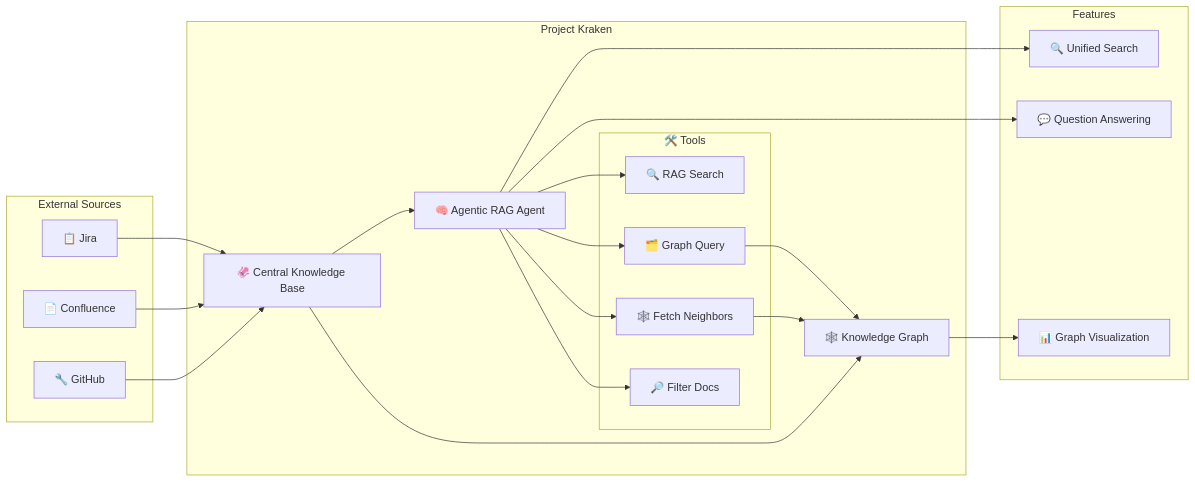
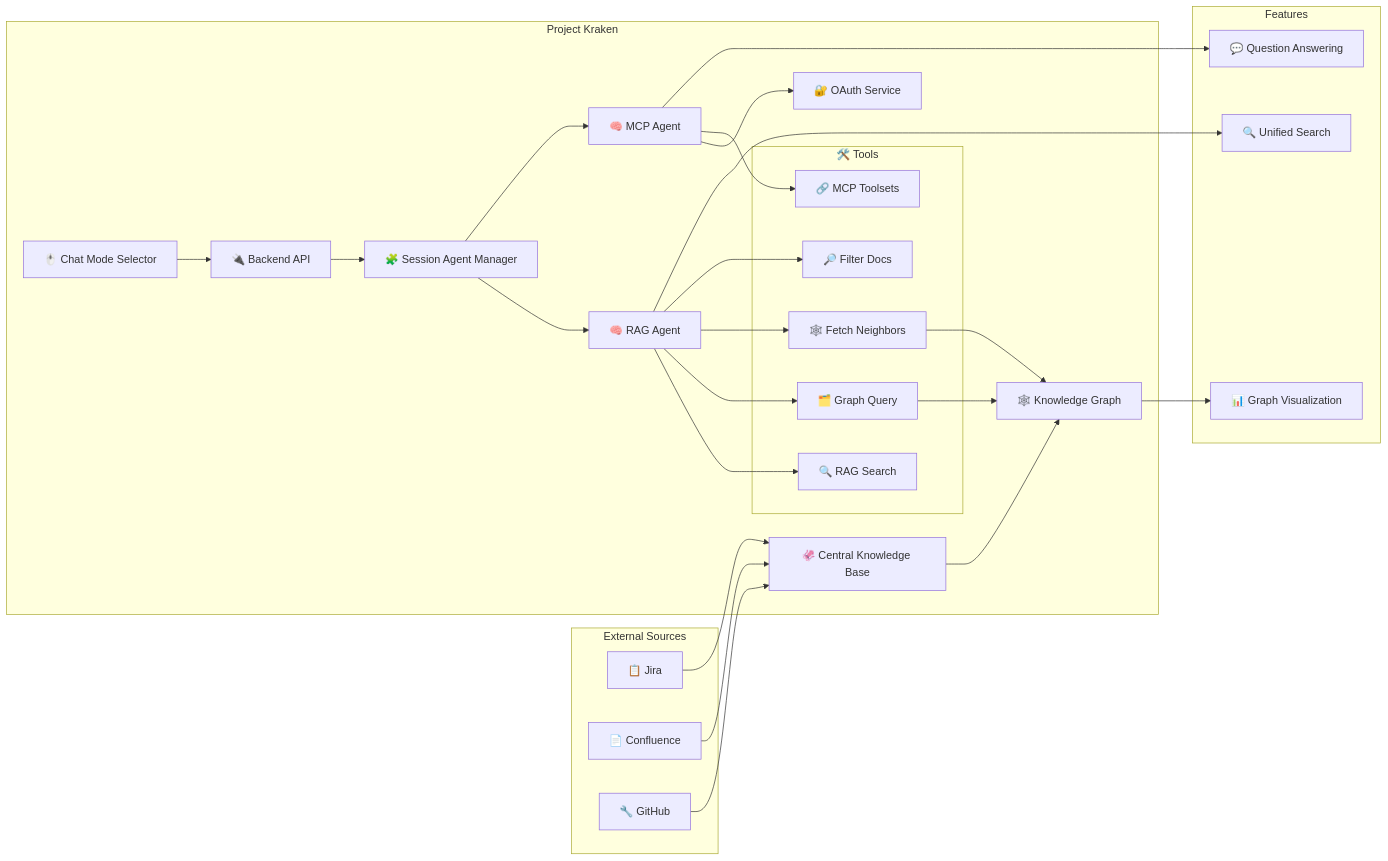
The first of 2 diagrams in docs/README.md (TrisNol/project-kraken), drawn with Mermaid before and after one commit. The commit also changed other lines of this file and 2 other files, not shown here.

Commit message:
docs: update docs to new agentic style

````diff
--- a/docs/README.md
+++ b/docs/README.md
@@ -34,43 +39,54 @@
 ```mermaid
 graph LR
     subgraph "External Sources"
         J[📋 Jira]
         C[📄 Confluence]
         G[🔧 GitHub]
     end
     
     subgraph "Project Kraken"
         KB[🦑 Central Knowledge Base]
-        Agent[🧠 Agentic RAG Agent]
+        UI[🖱️ Chat Mode Selector]
+        API[🔌 Backend API]
+        SMA[🧩 Session Agent Manager]
+        RAG[🧠 RAG Agent]
+        MCP[🧠 MCP Agent]
+        OAuth[🔐 OAuth Service]
         subgraph "🛠️ Tools"
             T1[🔍 RAG Search]
             T2[🗂️ Graph Query]
             T3[🕸️ Fetch Neighbors]
             T4[🔎 Filter Docs]
+            T5[🔗 MCP Toolsets]
         end
         Graph[🕸️ Knowledge Graph]
     end
     
     subgraph "Features"
         Search[🔍 Unified Search]
         QA[💬 Question Answering]
         Viz[📊 Graph Visualization]
     end
     
     J --> KB
     C --> KB
     G --> KB
     
-    KB --> Agent
-    Agent --> T1
-    Agent --> T2
-    Agent --> T3
-    Agent --> T4
+    UI --> API
+    API --> SMA
+    SMA --> RAG
+    SMA --> MCP
+    MCP --> OAuth
+    RAG --> T1
+    RAG --> T2
+    RAG --> T3
+    RAG --> T4
+    MCP --> T5
     T2 --> Graph
     T3 --> Graph
     KB --> Graph
     
-    Agent --> Search
-    Agent --> QA
+    RAG --> Search
+    MCP --> QA
     Graph --> Viz
 ```
````
